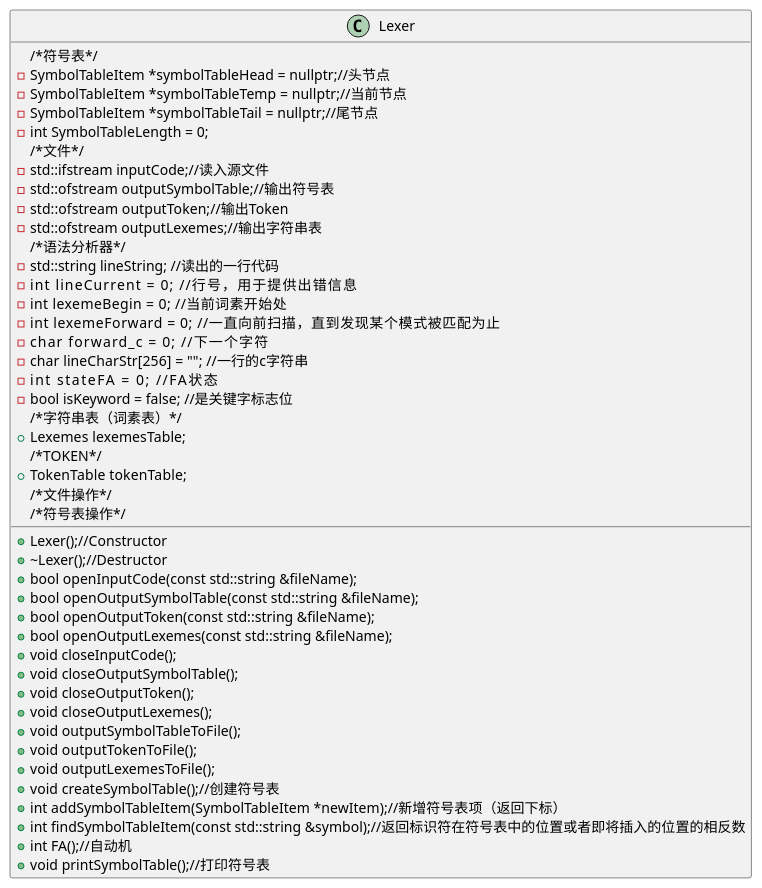
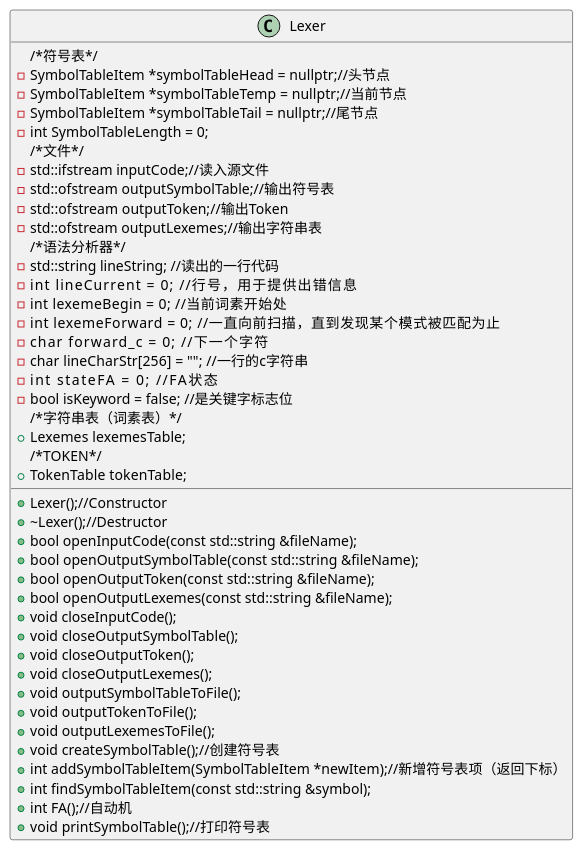
One commit to HistoneVon/LexicalAnalysis changed the diagram in Graph/uml_class_Lexer.puml. Above: the diagram before and after it, drawn with PlantUML.

```diff
--- a/Graph/uml_class_Lexer.puml
+++ b/Graph/uml_class_Lexer.puml
@@ -1,49 +1,47 @@
 @startuml
 
 class Lexer {
     /*符号表*/
     -SymbolTableItem *symbolTableHead = nullptr;//头节点
     -SymbolTableItem *symbolTableTemp = nullptr;//当前节点
     -SymbolTableItem *symbolTableTail = nullptr;//尾节点
     -int SymbolTableLength = 0;
     /*文件*/
     -std::ifstream inputCode;//读入源文件
     -std::ofstream outputSymbolTable;//输出符号表
     -std::ofstream outputToken;//输出Token
     -std::ofstream outputLexemes;//输出字符串表
     /*语法分析器*/
     -std::string lineString; //读出的一行代码
     -int lineCurrent = 0;           //行号，用于提供出错信息
     -int lexemeBegin = 0;    //当前词素开始处
     -int lexemeForward = 0;        //一直向前扫描，直到发现某个模式被匹配为止
     -char forward_c = 0;         //下一个字符
     -char lineCharStr[256] = "";  //一行的c字符串
     -int stateFA = 0;          //FA状态
     -bool isKeyword = false; //是关键字标志位
     /*字符串表（词素表）*/
     +Lexemes lexemesTable;
     /*TOKEN*/
     +TokenTable tokenTable;
     +Lexer();//Constructor
     +~Lexer();//Destructor
-    /*文件操作*/
     +bool openInputCode(const std::string &fileName);
     +bool openOutputSymbolTable(const std::string &fileName);
     +bool openOutputToken(const std::string &fileName);
     +bool openOutputLexemes(const std::string &fileName);
     +void closeInputCode();
     +void closeOutputSymbolTable();
     +void closeOutputToken();
     +void closeOutputLexemes();
     +void outputSymbolTableToFile();
     +void outputTokenToFile();
     +void outputLexemesToFile();
-    /*符号表操作*/
     +void createSymbolTable();//创建符号表
     +int addSymbolTableItem(SymbolTableItem *newItem);//新增符号表项（返回下标）
-    +int findSymbolTableItem(const std::string &symbol);//返回标识符在符号表中的位置或者即将插入的位置的相反数
+    +int findSymbolTableItem(const std::string &symbol);
     +int FA();//自动机
     +void printSymbolTable();//打印符号表
 }
 
 @enduml
```
